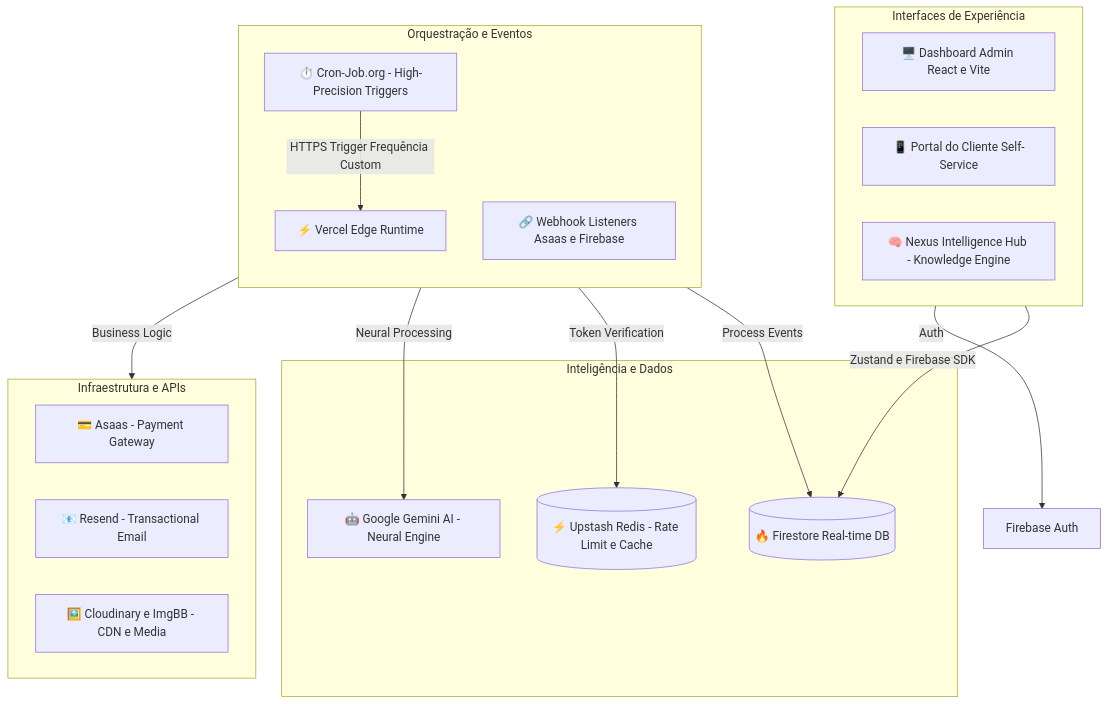
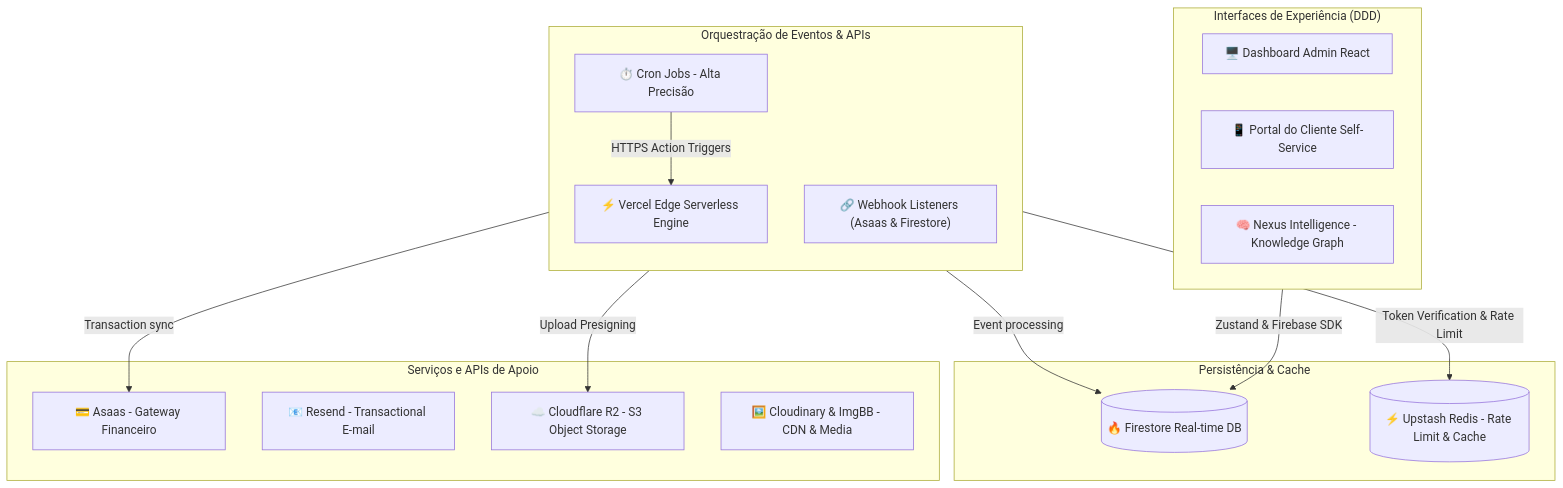
The diagram in README.md (josef10000/hubcrm), drawn with Mermaid before and after one commit. The commit also changed other lines of this file, not shown here.

````diff
--- a/README.md
+++ b/README.md
@@ -19,36 +15,36 @@
 ```mermaid
 graph TB
-    subgraph Client_Layer ["Interfaces de Experiência"]
-        Admin["🖥️ Dashboard Admin React e Vite"]
+    subgraph Client_Layer ["Interfaces de Experiência (DDD)"]
+        direction LR
+        Admin["🖥️ Dashboard Admin React"]
         Portal["📱 Portal do Cliente Self-Service"]
-        Nexus["🧠 Nexus Intelligence Hub - Knowledge Engine"]
+        Nexus["🧠 Nexus Intelligence - Knowledge Graph"]
     end
 
-    subgraph Automation_Orchestra ["Orquestração e Eventos"]
+    subgraph Automation_Orchestra ["Orquestração de Eventos & APIs"]
         direction TB
-        Vercel["⚡ Vercel Edge Runtime"]
-        Cron["⏱️ Cron-Job.org - High-Precision Triggers"]
-        Webhooks["🔗 Webhook Listeners Asaas e Firebase"]
+        Vercel["⚡ Vercel Edge Serverless Engine"]
+        Cron["⏱️ Cron Jobs - Alta Precisão"]
+        Webhooks["🔗 Webhook Listeners (Asaas & Firestore)"]
     end
 
-    subgraph AI_Data_Persistence ["Inteligência e Dados"]
+    subgraph Data_Persistence ["Persistência & Cache"]
         Firestore[("🔥 Firestore Real-time DB")]
-        Redis[("⚡ Upstash Redis - Rate Limit e Cache")]
-        Gemini["🤖 Google Gemini AI - Neural Engine"]
+        Redis[("⚡ Upstash Redis - Rate Limit & Cache")]
     end
 
-    subgraph Infrastructure_Providers ["Infraestrutura e APIs"]
-        Asaas["💳 Asaas - Payment Gateway"]
-        Resend["📧 Resend - Transactional Email"]
-        Cloudinary["🖼️ Cloudinary e ImgBB - CDN e Media"]
+    subgraph Infrastructure_Providers ["Serviços e APIs de Apoio"]
+        Asaas["💳 Asaas - Gateway Financeiro"]
+        Resend["📧 Resend - Transactional E-mail"]
+        R2["☁️ Cloudflare R2 - S3 Object Storage"]
+        CDN["🖼️ Cloudinary & ImgBB - CDN & Media"]
     end
 
-    %% Flows
-    Cron -- "HTTPS Trigger Frequência Custom" --> Vercel
-    Vercel -- "Business Logic" --> Infrastructure_Providers
-    Client_Layer -- "Zustand e Firebase SDK" --> Firestore
-    Vercel -- "Process Events" --> Firestore
-    Vercel -- "Token Verification" --> Redis
-    Client_Layer -- "Auth" --> Firebase_Auth[Firebase Auth]
-    Vercel -- "Neural Processing" --> Gemini
+    %% Fluxos Principais
+    Client_Layer -- "Zustand & Firebase SDK" --> Firestore
+    Cron -- "HTTPS Action Triggers" --> Vercel
+    Vercel -- "Transaction sync" --> Asaas
+    Vercel -- "Event processing" --> Firestore
+    Vercel -- "Token Verification & Rate Limit" --> Redis
+    Vercel -- "Upload Presigning" --> R2
 ```
````
